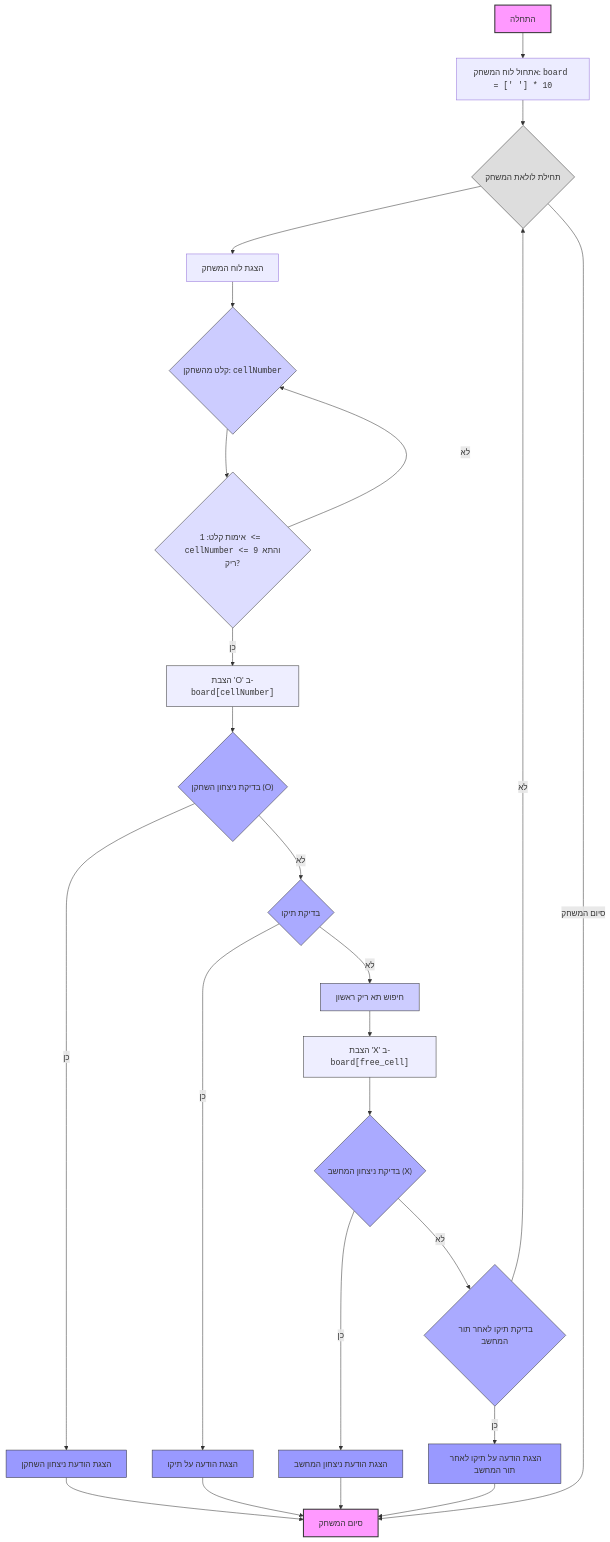
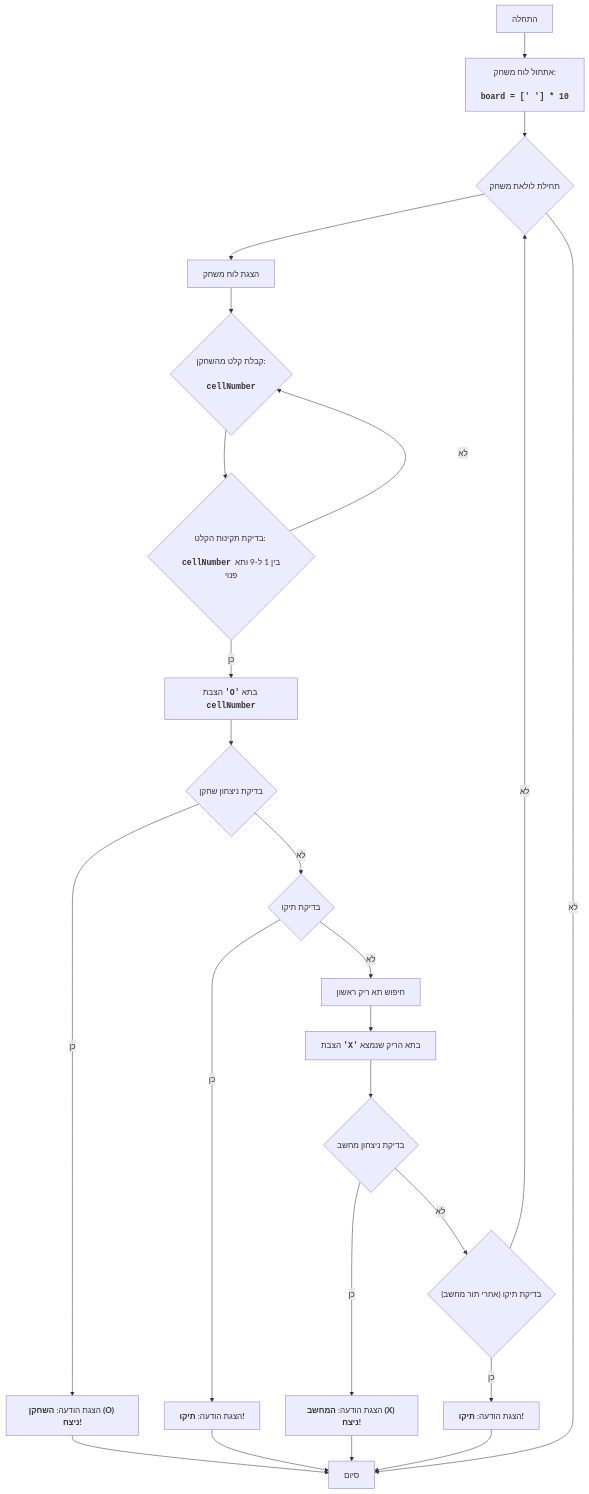
The diagram in docs/gemini/he/explainer/src/endpoints/ai_games/101_basic_computer_games/ru/GAMES/TIC TAC/tic_tac.py.md (hypo69/hypo), drawn with Mermaid before and after one commit. The commit also changed other lines of this file and 885 other files, not shown here.

````diff
--- a/docs/gemini/he/explainer/src/endpoints/ai_games/101_basic_computer_games/ru/GAMES/TIC TAC/tic_tac.py.md
+++ b/docs/gemini/he/explainer/src/endpoints/ai_games/101_basic_computer_games/ru/GAMES/TIC TAC/tic_tac.py.md
@@ -35,44 +50,34 @@
 ```mermaid
 flowchart TD
-    Start["התחלה"] --> InitializeBoard["אתחול לוח המשחק: <code>board = [' '] * 10</code>"]
-    InitializeBoard --> GameLoopStart{"תחילת לולאת המשחק"}
-    GameLoopStart --> DisplayBoard["הצגת לוח המשחק"]
-    DisplayBoard --> PlayerInput{"קלט מהשחקן: <code>cellNumber</code>"}
-    PlayerInput --> ValidateInput{"אימות קלט: <code>1 <= cellNumber <= 9</code> והתא ריק?"}
-    ValidateInput -- כן --> PlacePlayerMove["הצבת 'O' ב-<code>board[cellNumber]</code>"]
-    PlacePlayerMove --> CheckPlayerWin{"בדיקת ניצחון השחקן (O)"}
-    CheckPlayerWin -- כן --> OutputPlayerWin["הצגת הודעת ניצחון השחקן"]
-    OutputPlayerWin --> End["סיום המשחק"]
-    CheckPlayerWin -- לא --> CheckDraw{"בדיקת תיקו"}
-    CheckDraw -- כן --> OutputDraw["הצגת הודעה על תיקו"]
+    Start["התחלה"] --> InitializeBoard["אתחול לוח משחק: 
+    <br><code><b>board = [' '] * 10</b></code>"]
+    InitializeBoard --> GameLoopStart{"תחילת לולאת משחק"}
+    GameLoopStart --> DisplayBoard["הצגת לוח משחק"]
+    DisplayBoard --> PlayerInput{"קבלת קלט מהשחקן: 
+    <br><code><b>cellNumber</b></code>"}
+    PlayerInput --> ValidateInput{"בדיקת תקינות הקלט: 
+    <br><code><b>cellNumber</b></code> בין 1 ל-9 ותא פנוי"}
+    ValidateInput -- "כן" --> PlacePlayerMove["הצבת <code><b>'O'</b></code> בתא <code><b>cellNumber</b></code>"]
+    PlacePlayerMove --> CheckPlayerWin{"בדיקת ניצחון שחקן"}
+    CheckPlayerWin -- "כן" --> OutputPlayerWin["הצגת הודעה: <b>השחקן (O) ניצח!</b>"]
+    OutputPlayerWin --> End["סיום"]
+    CheckPlayerWin -- "לא" --> CheckDraw{"בדיקת תיקו"}
+    CheckDraw -- "כן" --> OutputDraw["הצגת הודעה: <b>תיקו!</b>"]
     OutputDraw --> End
-    CheckDraw -- לא --> FindComputerMove["חיפוש תא ריק ראשון"]
-    FindComputerMove --> PlaceComputerMove["הצבת 'X' ב-<code>board[free_cell]</code>"]
-    PlaceComputerMove --> CheckComputerWin{"בדיקת ניצחון המחשב (X)"}
-    CheckComputerWin -- כן --> OutputComputerWin["הצגת הודעת ניצחון המחשב"]
+    CheckDraw -- "לא" --> FindComputerMove["חיפוש תא ריק ראשון"]
+    FindComputerMove --> PlaceComputerMove["הצבת <code><b>'X'</b></code> בתא הריק שנמצא"]
+     PlaceComputerMove --> CheckComputerWin{"בדיקת ניצחון מחשב"}
+     CheckComputerWin -- "כן" --> OutputComputerWin["הצגת הודעה: <b>המחשב (X) ניצח!</b>"]
     OutputComputerWin --> End
-    CheckComputerWin -- לא --> CheckDraw2{"בדיקת תיקו לאחר תור המחשב"}
-    CheckDraw2 -- כן --> OutputDraw2["הצגת הודעה על תיקו לאחר תור המחשב"]
+     CheckComputerWin -- "לא" --> CheckDraw2{"בדיקת תיקו (אחרי תור מחשב)"}
+    CheckDraw2 -- "כן" --> OutputDraw2["הצגת הודעה: <b>תיקו!</b>"]
     OutputDraw2 --> End
-    CheckDraw2 -- לא --> GameLoopStart
-    ValidateInput -- לא --> PlayerInput
-    GameLoopStart -- סיום המשחק--> End
+    CheckDraw2 -- "לא" --> GameLoopStart
+    ValidateInput -- "לא" --> PlayerInput
+    GameLoopStart -- "לא" --> End
+    
 
-    style Start fill:#f9f,stroke:#333,stroke-width:2px
-    style End fill:#f9f,stroke:#333,stroke-width:2px
-    style PlayerInput fill:#ccf,stroke:#333,stroke-width:1px
-    style ValidateInput fill:#ddf,stroke:#333,stroke-width:1px
-    style PlacePlayerMove fill:#eef,stroke:#333,stroke-width:1px
-    style CheckPlayerWin fill:#aaf,stroke:#333,stroke-width:1px
-    style OutputPlayerWin fill:#99f,stroke:#333,stroke-width:1px
-    style CheckDraw fill:#aaf,stroke:#333,stroke-width:1px
-    style OutputDraw fill:#99f,stroke:#333,stroke-width:1px
-     style FindComputerMove fill:#ccf,stroke:#333,stroke-width:1px
-    style PlaceComputerMove fill:#eef,stroke:#333,stroke-width:1px
-    style CheckComputerWin fill:#aaf,stroke:#333,stroke-width:1px
-    style OutputComputerWin fill:#99f,stroke:#333,stroke-width:1px
-    style CheckDraw2 fill:#aaf,stroke:#333,stroke-width:1px
-    style OutputDraw2 fill:#99f,stroke:#333,stroke-width:1px
-    style GameLoopStart fill:#ddd,stroke:#333,stroke-width:1px
-
+    
+    
+    
 ```
````
